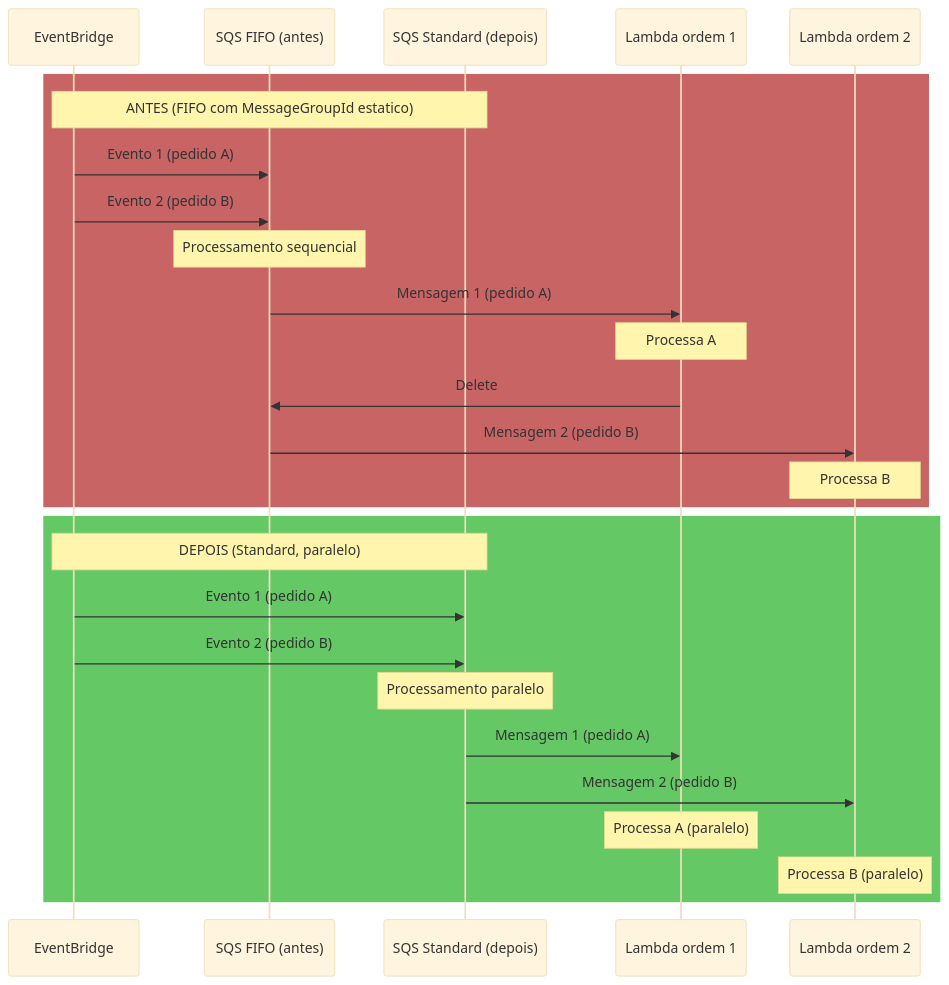
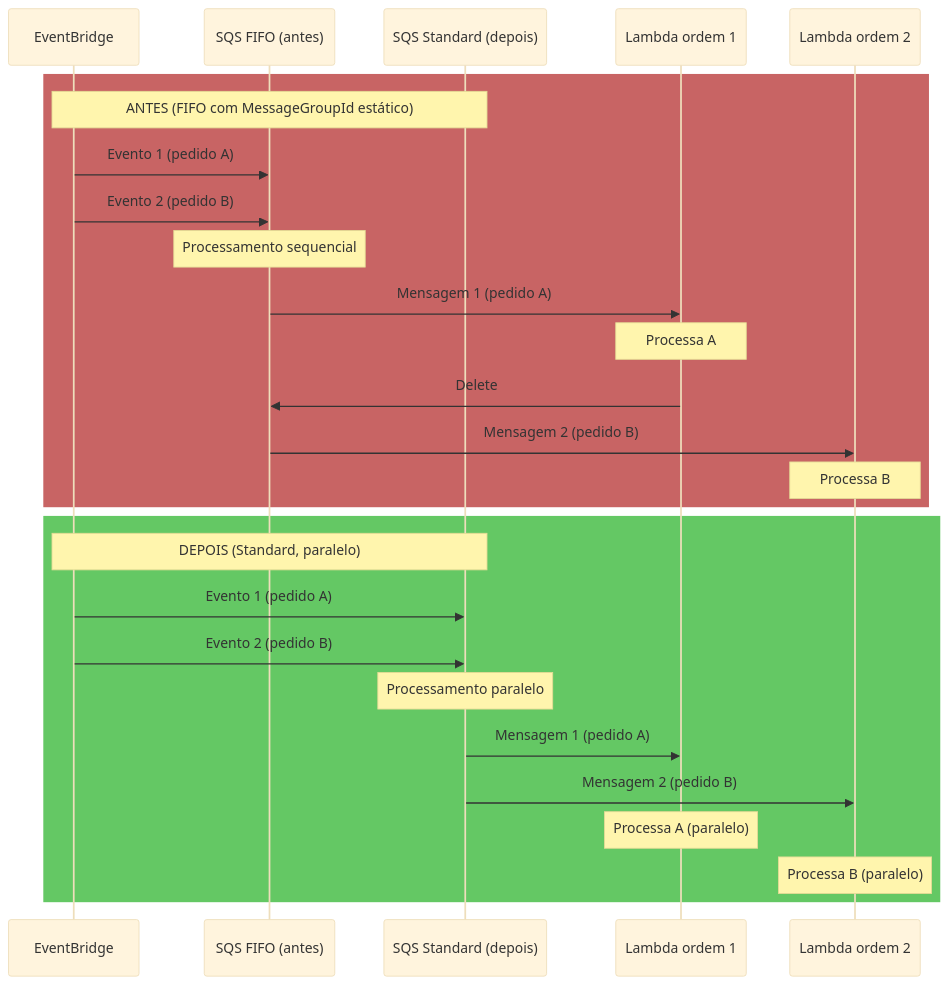
Before and after one commit to DessimA/aws-serverless-order-management: the fourth of 6 diagrams in docs/CORRECOES.md, drawn with Mermaid (base theme). The commit also changed other lines of this file and 17 other files, not shown here.

Commit message:
docs: portfolio-oriented README, ARCHITECTURE.md, and PT-BR accent fixes

````diff
--- a/docs/CORRECOES.md
+++ b/docs/CORRECOES.md
@@ -686,31 +686,31 @@
 ```mermaid
 sequenceDiagram
     participant EB as EventBridge
     participant FIFO as SQS FIFO (antes)
     participant Std as SQS Standard (depois)
     participant L1 as Lambda ordem 1
     participant L2 as Lambda ordem 2
 
     rect rgb(200, 100, 100)
-    Note over EB,Std: ANTES (FIFO com MessageGroupId estatico)
+    Note over EB,Std: ANTES (FIFO com MessageGroupId estático)
     EB->>FIFO: Evento 1 (pedido A)
     EB->>FIFO: Evento 2 (pedido B)
     Note over FIFO: Processamento sequencial
     FIFO->>L1: Mensagem 1 (pedido A)
     Note over L1: Processa A
     L1->>FIFO: Delete
     FIFO->>L2: Mensagem 2 (pedido B)
     Note over L2: Processa B
     end
 
     rect rgb(100, 200, 100)
     Note over EB,Std: DEPOIS (Standard, paralelo)
     EB->>Std: Evento 1 (pedido A)
     EB->>Std: Evento 2 (pedido B)
     Note over Std: Processamento paralelo
     Std->>L1: Mensagem 1 (pedido A)
     Std->>L2: Mensagem 2 (pedido B)
     Note over L1: Processa A (paralelo)
     Note over L2: Processa B (paralelo)
     end
 ```
````
